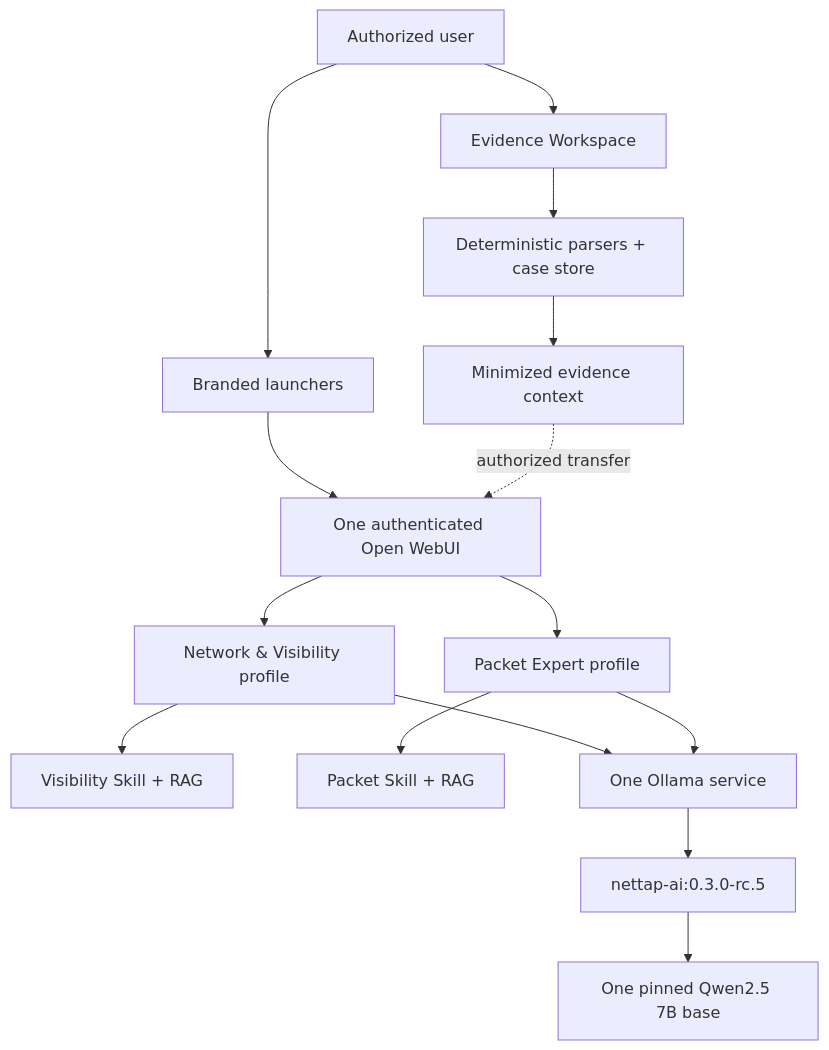
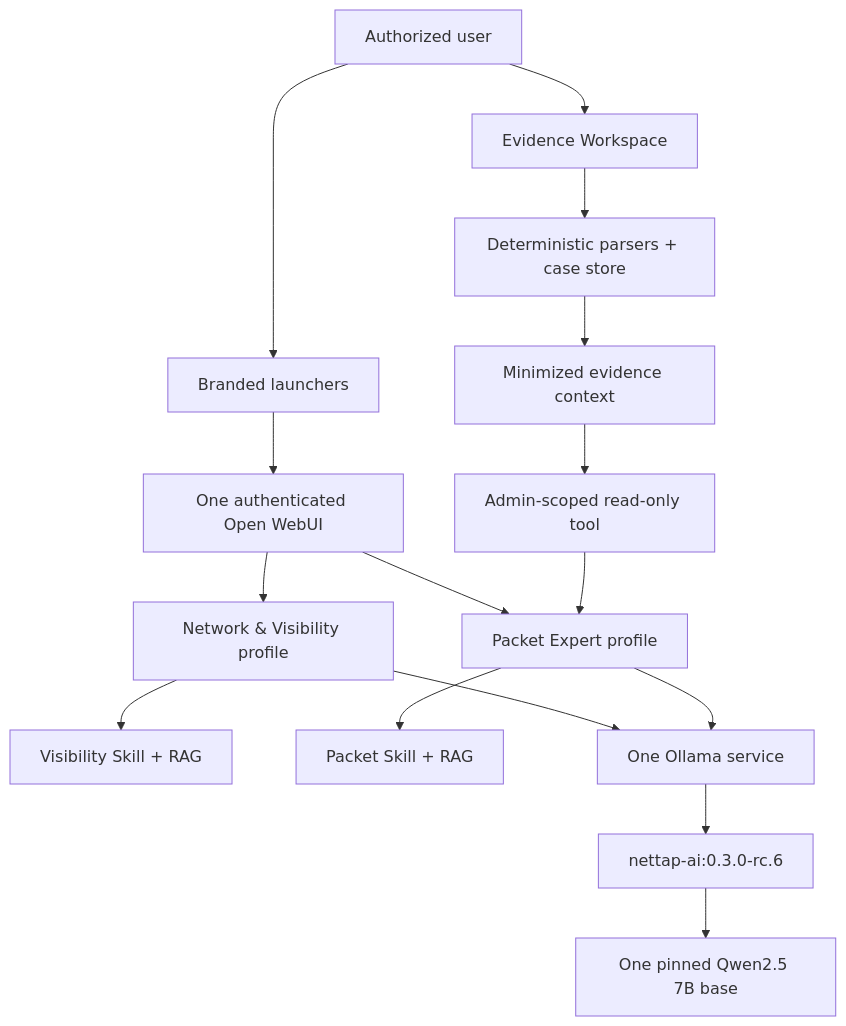
One commit to mpdwyer2367/nettap-packet-expert changed the first of 2 diagrams in docs/ARCHITECTURE.md. Above: the diagram before and after it, drawn with Mermaid. The commit also changed other lines of this file and 57 other files, not shown here.

````diff
--- a/docs/ARCHITECTURE.md
+++ b/docs/ARCHITECTURE.md
@@ -7,17 +7,18 @@
 ```mermaid
 flowchart TB
     U["Authorized user"] --> L["Branded launchers"]
     L --> W["One authenticated Open WebUI"]
     W --> V["Network & Visibility profile"]
     W --> P["Packet Expert profile"]
     V --> VR["Visibility Skill + RAG"]
     P --> PR["Packet Skill + RAG"]
     V --> O["One Ollama service"]
     P --> O
-    O --> M["nettap-ai:0.3.0-rc.5"]
+    O --> M["nettap-ai:0.3.0-rc.6"]
     M --> Q["One pinned Qwen2.5 7B base"]
     U --> E["Evidence Workspace"]
     E --> D["Deterministic parsers + case store"]
     D --> X["Minimized evidence context"]
-    X -. "authorized transfer" .-> W
+    X --> T["Admin-scoped read-only tool"]
+    T --> P
 ```
````
